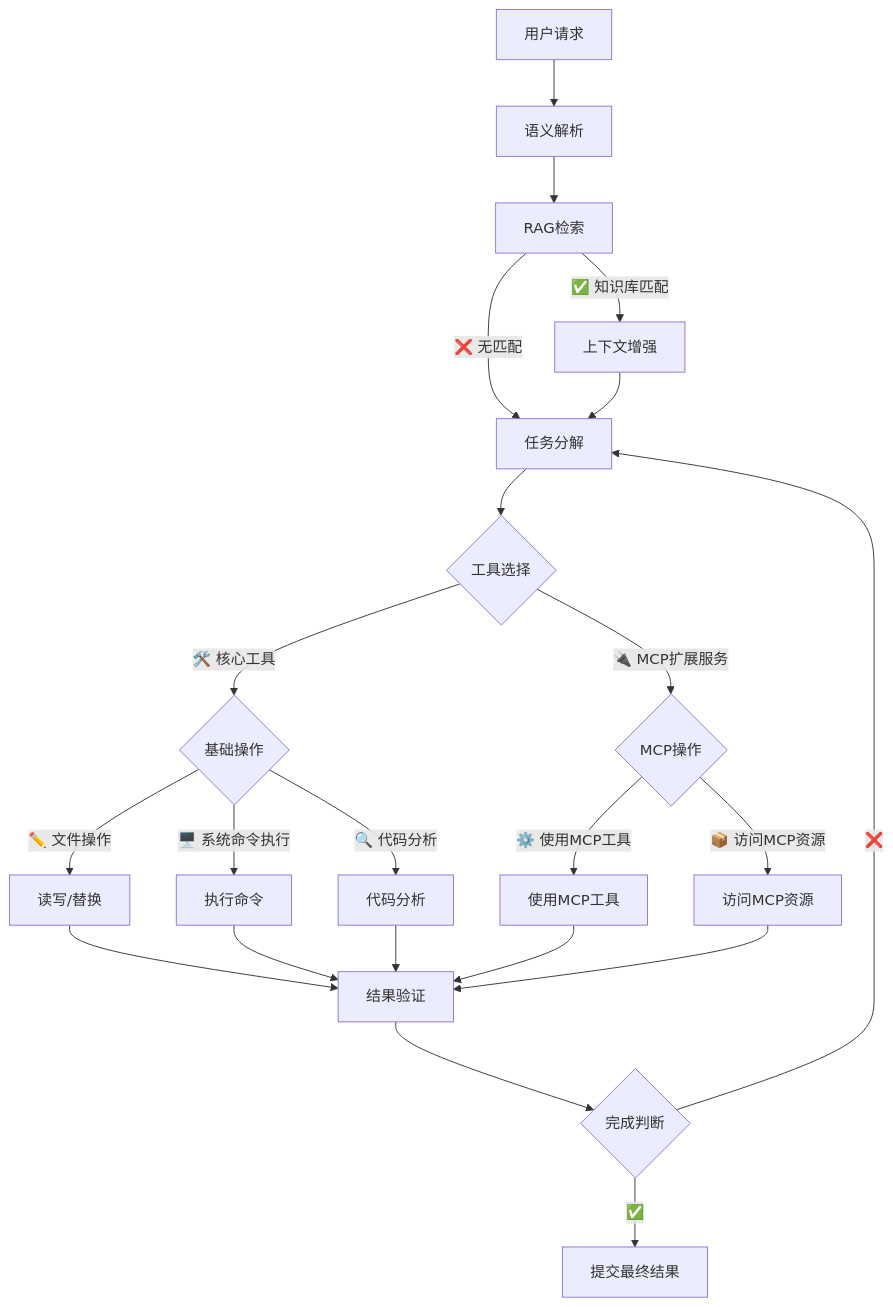
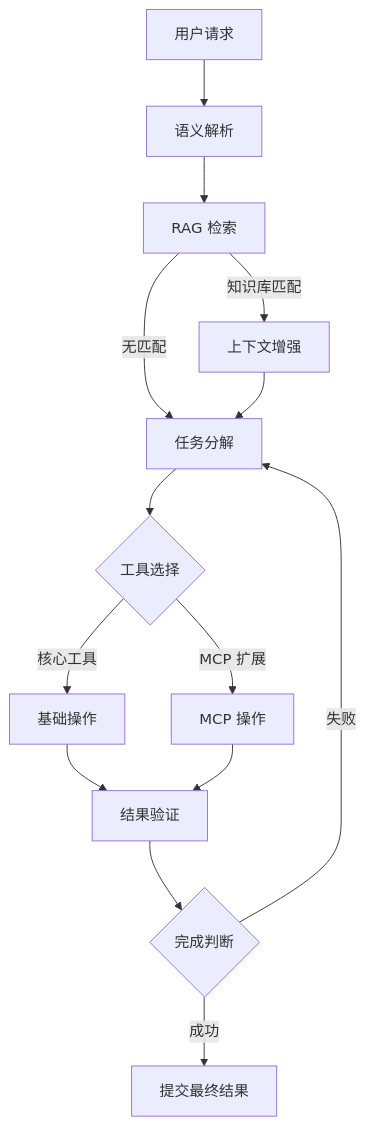
Before and after one commit to FPJack/MarkdownViewKit: the second of 5 diagrams in Example/SwiftMarkdownViewKit/test.md, drawn with Mermaid. The commit also changed other lines of this file and 8 other files, not shown here.

````diff
--- a/Example/SwiftMarkdownViewKit/test.md
+++ b/Example/SwiftMarkdownViewKit/test.md
@@ -67,33 +596,16 @@
 ```mermaid
 graph TD
     A[用户请求] --> B[语义解析]
-    B --> C[RAG检索]
-    
-    C -->|✅ 知识库匹配| D[上下文增强]
-    C -->|❌ 无匹配| E[任务分解]
-    
+    B --> C[RAG 检索]
+    C -->|知识库匹配| D[上下文增强]
+    C -->|无匹配| E[任务分解]
     D --> E
-    
     E --> F{工具选择}
-    
-    F -->|🛠️ 核心工具| G{基础操作}
-    F -->|🔌 MCP扩展服务| H{MCP操作}
-    
-    G -->|✏️ 文件操作| I[读写/替换]
-    G -->|🖥️ 系统命令执行| J[执行命令]
-    G -->|🔍 代码分析| K[代码分析]
-    
-    H -->|⚙️ 使用MCP工具| L[使用MCP工具]
-    H -->|📦 访问MCP资源| M[访问MCP资源]
-    
-    I --> N[结果验证]
-    J --> N
-    K --> N
-    L --> N
-    M --> N
-    
+    F -->|核心工具| G[基础操作]
+    F -->|MCP 扩展| H[MCP 操作]
+    G --> N[结果验证]
+    H --> N
     N --> O{完成判断}
-    
-    O -->|✅| P[提交最终结果]
-    O -->|❌| E
+    O -->|成功| P[提交最终结果]
+    O -->|失败| E
 ```
````
